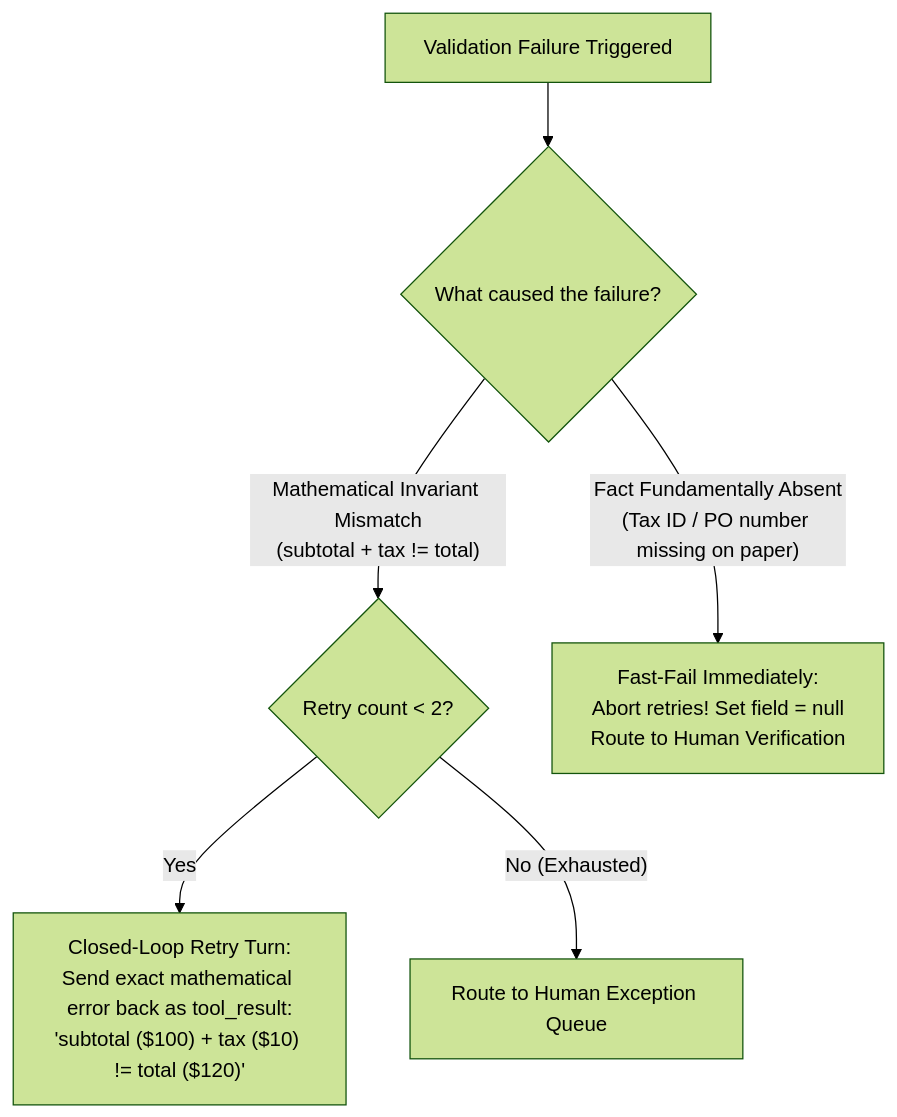
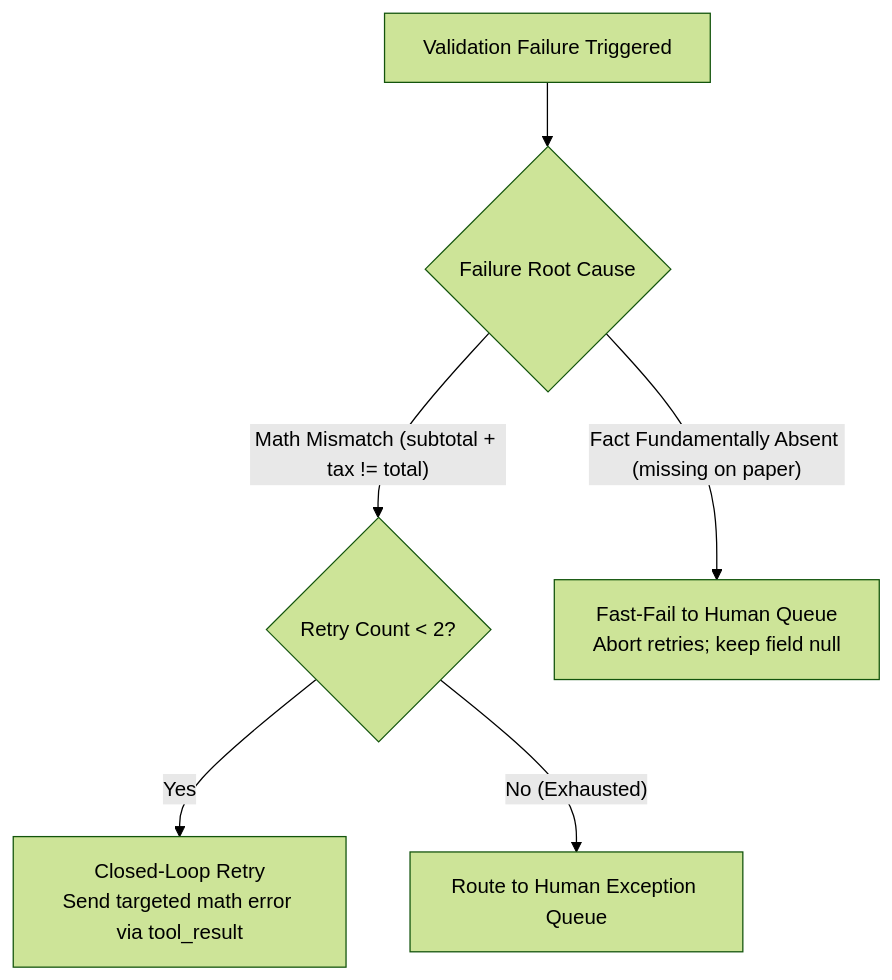
Before and after one commit to dip4k/claude_cert_architect_foundation_prep: the second of 3 diagrams in scenarios/scenario_6_structured_data_extraction/SCENARIO_GUIDE.md, drawn with Mermaid (forest theme). The commit also changed other lines of this file and 30 other files, not shown here.

Commit message:
docs: enhance domain and scenario guides with exam rules, golden rules, and simplified GitHub mermaid diagrams

````diff
--- a/scenarios/scenario_6_structured_data_extraction/SCENARIO_GUIDE.md
+++ b/scenarios/scenario_6_structured_data_extraction/SCENARIO_GUIDE.md
@@ -127,11 +178,11 @@
 ```mermaid
 flowchart TD
-    ValidationError["Validation Failure Triggered"] --> FailureType{"What caused the failure?"}
+    ValidationError["Validation Failure Triggered"] --> FailureType{"Failure Root Cause"}
     
-    FailureType -- "Mathematical Invariant Mismatch<br/>(subtotal + tax != total)" --> RetryCheck{"Retry count < 2?"}
+    FailureType -- "Math Mismatch (subtotal + tax != total)" --> RetryCheck{"Retry Count < 2?"}
     
-    RetryCheck -- "Yes" --> SendRetry["Closed-Loop Retry Turn:<br/>Send exact mathematical error back as tool_result:<br/>'subtotal ($100) + tax ($10) != total ($120)'"]
+    RetryCheck -- "Yes" --> SendRetry["Closed-Loop Retry<br/>Send targeted math error via tool_result"]
     RetryCheck -- "No (Exhausted)" --> HumanQueue["Route to Human Exception Queue"]
     
-    FailureType -- "Fact Fundamentally Absent<br/>(Tax ID / PO number missing on paper)" --> FastFail["Fast-Fail Immediately:<br/>Abort retries! Set field = null<br/>Route to Human Verification"]
+    FailureType -- "Fact Fundamentally Absent (missing on paper)" --> FastFail["Fast-Fail to Human Queue<br/>Abort retries; keep field null"]
 ```
````
